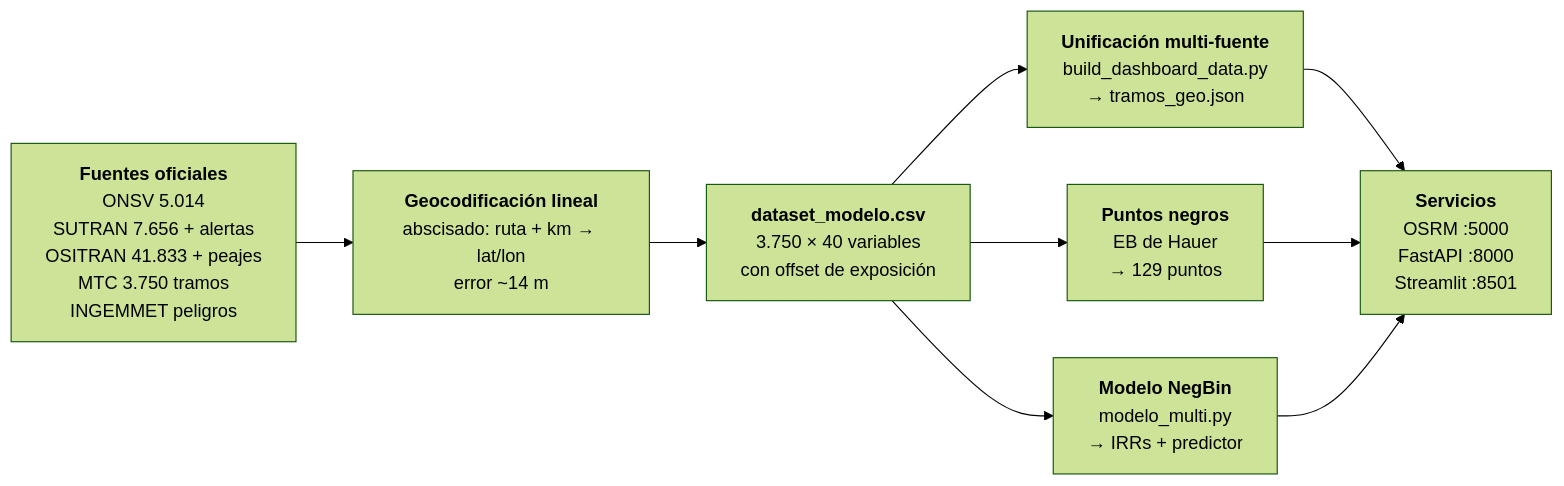
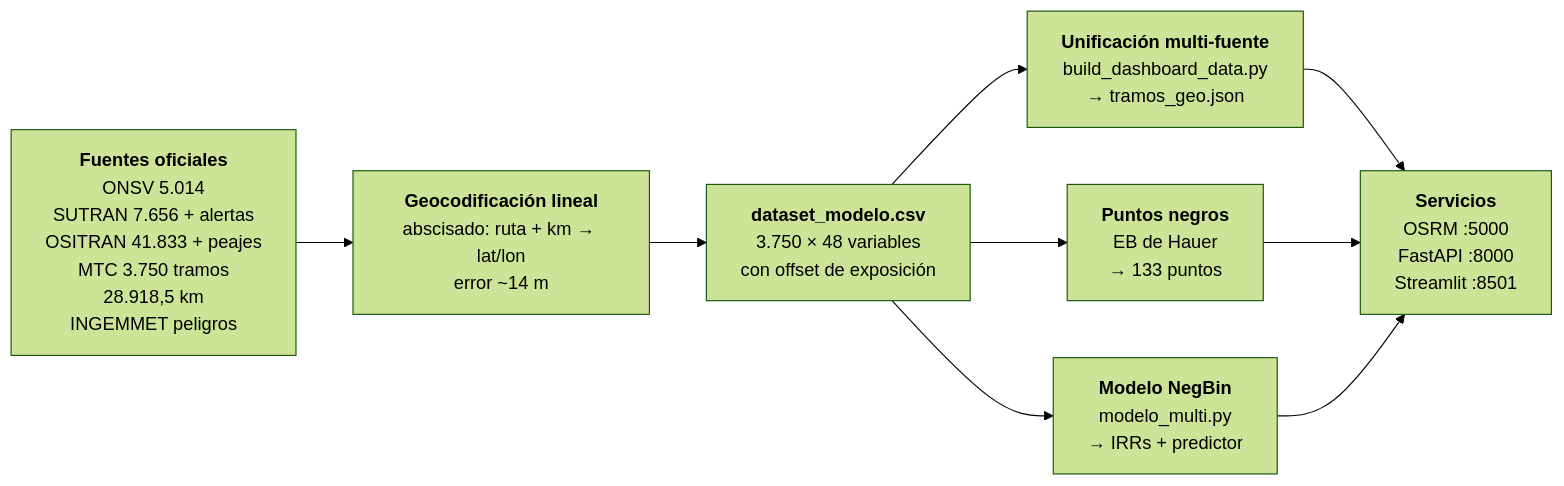
Before and after one commit to Lobitoxxx/SIPAT: the diagram in presentacion_sipat/parts/03-pipeline.md, drawn with Mermaid (forest theme). The commit also changed other lines of this file and 18 other files, not shown here.

````diff
--- a/presentacion_sipat/parts/03-pipeline.md
+++ b/presentacion_sipat/parts/03-pipeline.md
@@ -29,9 +29,9 @@
 ```mermaid
 flowchart LR
-  F["<b>Fuentes oficiales</b><br/>ONSV 5.014<br/>SUTRAN 7.656 + alertas<br/>OSITRAN 41.833 + peajes<br/>MTC 3.750 tramos<br/>INGEMMET peligros"] --> G["<b>Geocodificación lineal</b><br/>abscisado: ruta + km → lat/lon<br/>error ~14 m"]
-  G --> D["<b>dataset_modelo.csv</b><br/>3.750 × 40 variables<br/>con offset de exposición"]
+  F["<b>Fuentes oficiales</b><br/>ONSV 5.014<br/>SUTRAN 7.656 + alertas<br/>OSITRAN 41.833 + peajes<br/>MTC 3.750 tramos<br/>28.918,5 km<br/>INGEMMET peligros"] --> G["<b>Geocodificación lineal</b><br/>abscisado: ruta + km → lat/lon<br/>error ~14 m"]
+  G --> D["<b>dataset_modelo.csv</b><br/>3.750 × 48 variables<br/>con offset de exposición"]
   D --> B["<b>Unificación multi-fuente</b><br/>build_dashboard_data.py<br/>→ tramos_geo.json"]
-  D --> P["<b>Puntos negros</b><br/>EB de Hauer<br/>→ 129 puntos"]
+  D --> P["<b>Puntos negros</b><br/>EB de Hauer<br/>→ 133 puntos"]
   D --> N["<b>Modelo NegBin</b><br/>modelo_multi.py<br/>→ IRRs + predictor"]
   B & P & N --> S["<b>Servicios</b><br/>OSRM :5000<br/>FastAPI :8000<br/>Streamlit :8501"]
 ```
````
